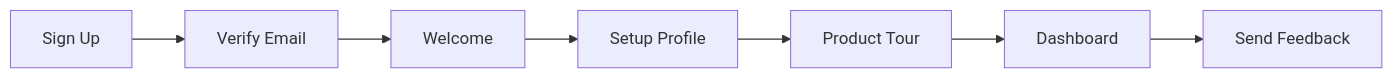
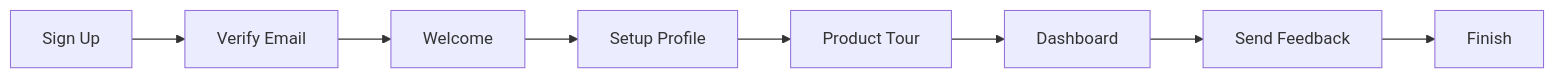
One commit to rubenmango/mermaid-bot-sandbox changed the diagram in onboarding.mmd. Above: the diagram before and after it, drawn with Mermaid.

Commit message:
Refine onboarding diagram after review

```diff
--- a/onboarding.mmd
+++ b/onboarding.mmd
@@ -1,7 +1,8 @@
 flowchart LR
     A[Sign Up] --> B[Verify Email]
     B --> C[Welcome]
     C --> Profile[Setup Profile]
     Profile --> Tour[Product Tour]
     Tour --> Done[Dashboard]
     Done --> Feedback[Send Feedback]
+    Feedback --> Close[Finish]
```
